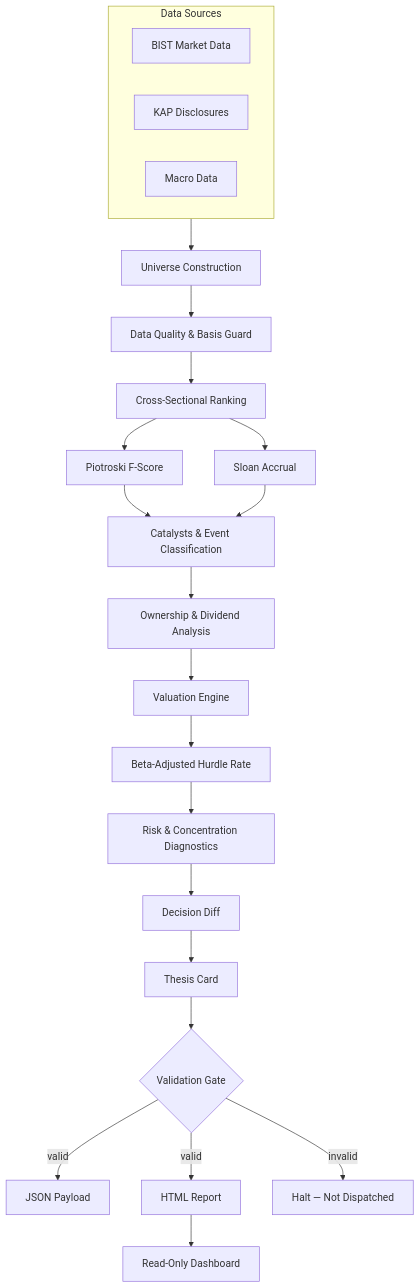
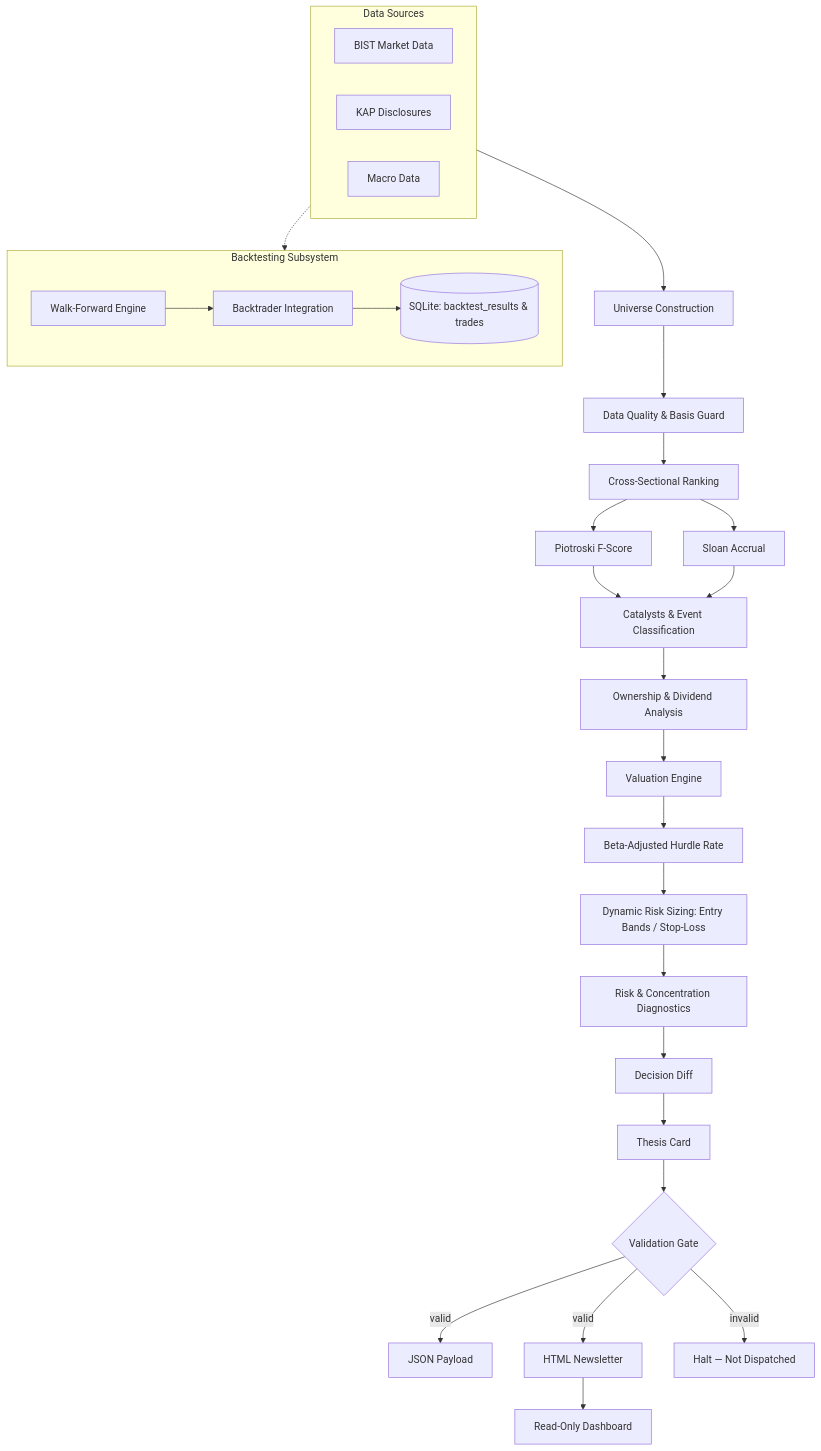
One commit to erenkbgc/bist-screener-v9 changed the first of 8 diagrams in README.md. Above: the diagram before and after it, drawn with Mermaid. The commit also changed other lines of this file, not shown here.

Commit message:
docs: update README with dynamic risk management, backtesting engine, and v13 roadmap

````diff
--- a/README.md
+++ b/README.md
@@ -84,27 +89,34 @@
 ```mermaid
 flowchart TD
     subgraph SRC["Data Sources"]
         A1[BIST Market Data]
         A2[KAP Disclosures]
         A3[Macro Data]
     end
 
     SRC --> B[Universe Construction]
     B --> C[Data Quality & Basis Guard]
     C --> D[Cross-Sectional Ranking]
     D --> E1[Piotroski F-Score]
     D --> E2[Sloan Accrual]
     E1 --> F[Catalysts & Event Classification]
     E2 --> F
     F --> G[Ownership & Dividend Analysis]
     G --> H[Valuation Engine]
     H --> I[Beta-Adjusted Hurdle Rate]
-    I --> J[Risk & Concentration Diagnostics]
-    J --> K[Decision Diff]
-    K --> L[Thesis Card]
-    L --> M{Validation Gate}
-    M -- valid --> N[JSON Payload]
-    M -- valid --> O[HTML Report]
-    O --> P[Read-Only Dashboard]
-    M -- invalid --> Q[Halt — Not Dispatched]
+    I --> J[Dynamic Risk Sizing: Entry Bands / Stop-Loss]
+    J --> K[Risk & Concentration Diagnostics]
+    K --> L[Decision Diff]
+    L --> M[Thesis Card]
+    M --> N{Validation Gate}
+    N -- valid --> O[JSON Payload]
+    N -- valid --> P[HTML Newsletter]
+    P --> Q[Read-Only Dashboard]
+    N -- invalid --> R[Halt — Not Dispatched]
+
+    subgraph SIM["Backtesting Subsystem"]
+        BT1[Walk-Forward Engine] --> BT2[Backtrader Integration]
+        BT2 --> BT3[(SQLite: backtest_results & trades)]
+    end
+    SRC -.-> SIM
 ```
````
